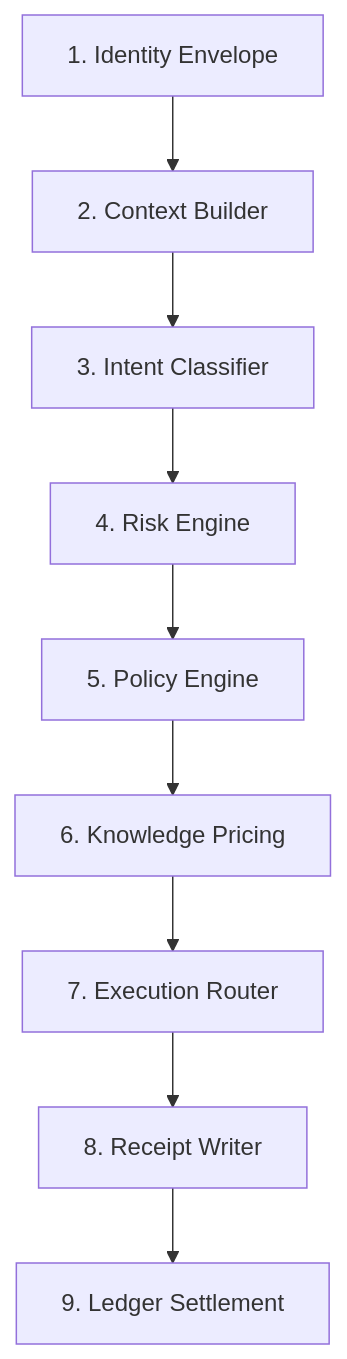
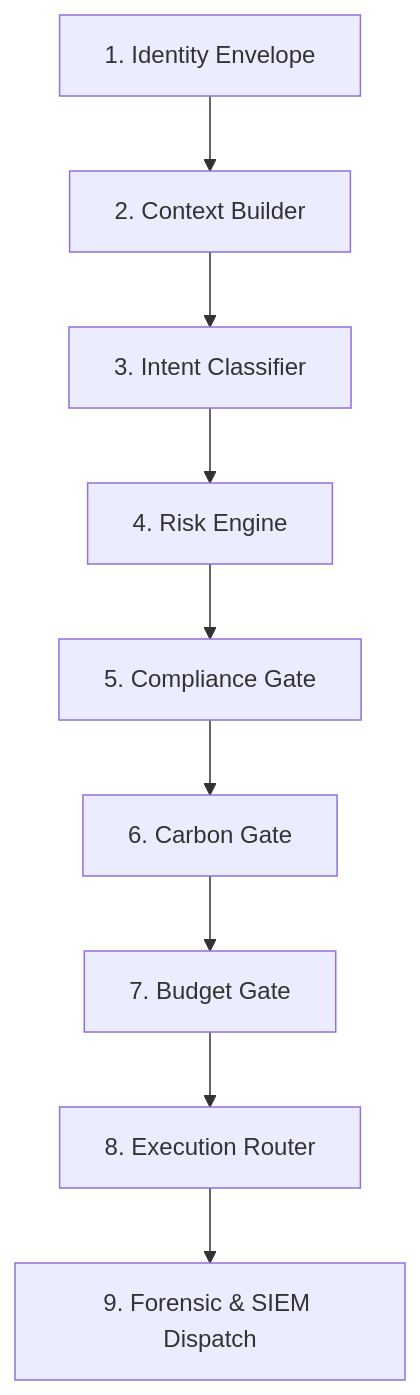
One commit to Jairogelpi/agentshield changed the diagram in documentation/13_DECISION_GRAPH.md. Above: the diagram before and after it, drawn with Mermaid. The commit also changed other lines of this file, not shown here.

Commit message:
docs: finalized Decision Graph documentation to match unified proxy flow

````diff
--- a/documentation/13_DECISION_GRAPH.md
+++ b/documentation/13_DECISION_GRAPH.md
@@ -7,11 +5,11 @@
 ```mermaid
 graph TD
     A[1. Identity Envelope] --> B[2. Context Builder]
     B --> C[3. Intent Classifier]
     C --> D[4. Risk Engine]
-    D --> E[5. Policy Engine]
-    E --> F[6. Knowledge Pricing]
-    F --> G[7. Execution Router]
-    G --> H[8. Receipt Writer]
-    H --> I[9. Ledger Settlement]
+    D --> E[5. Compliance Gate]
+    E --> F[6. Carbon Gate]
+    F --> G[7. Budget Gate]
+    G --> H[8. Execution Router]
+    H --> I[9. Forensic & SIEM Dispatch]
 ```
````
